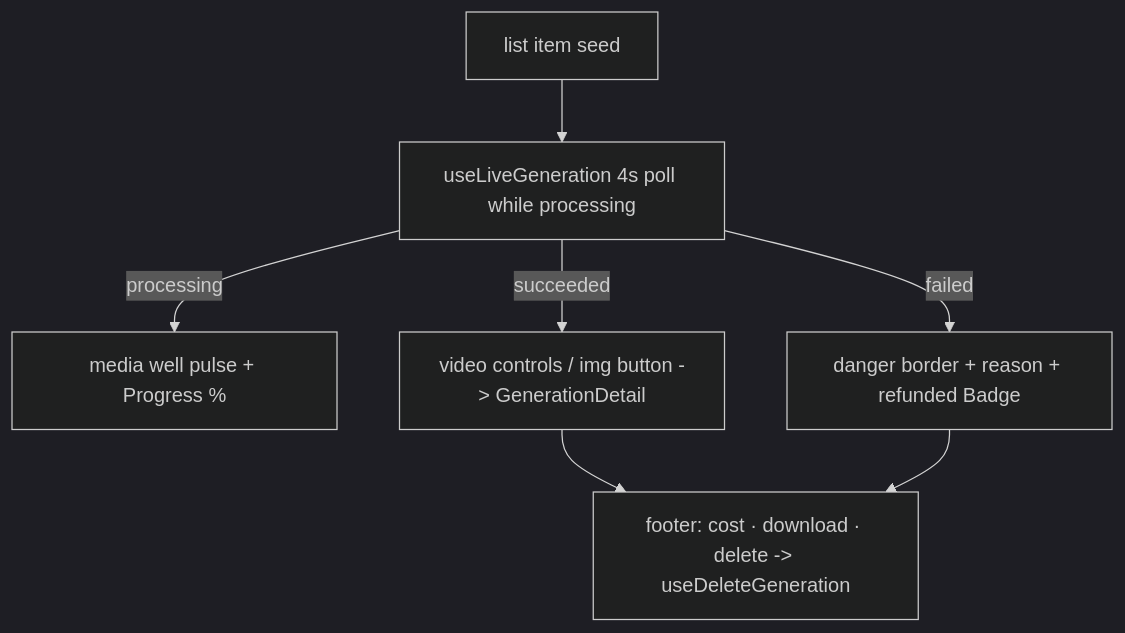
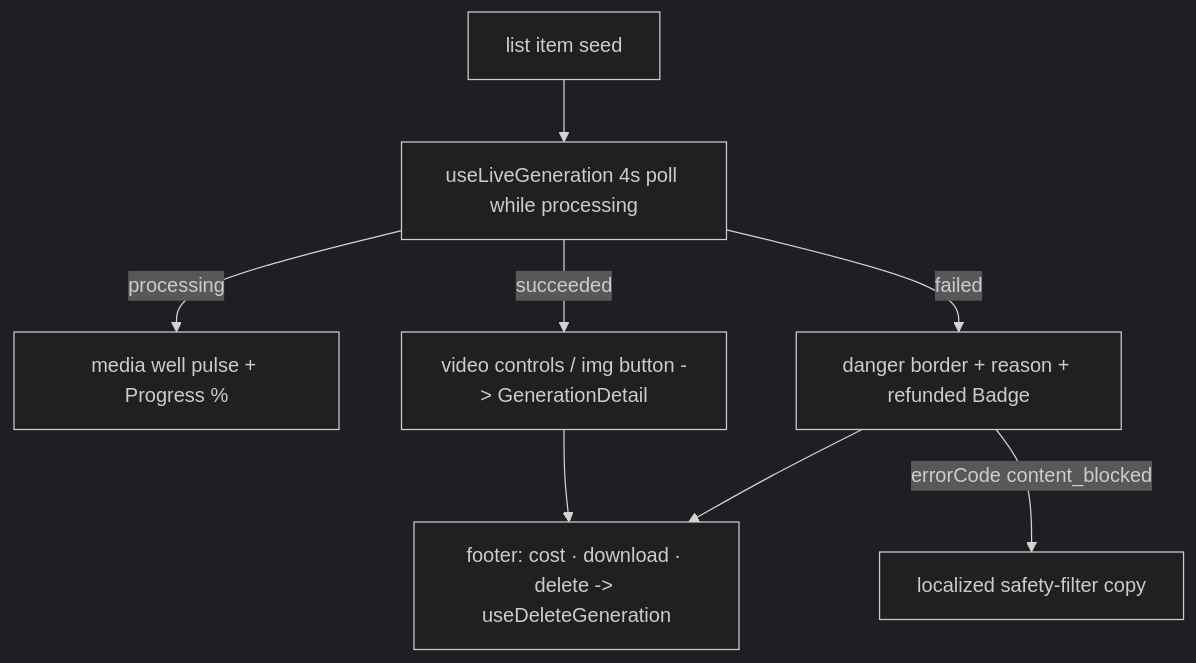
The diagram in apps/web/src/modules/Gallery/components/GenerationCard.tsx.md (AzamatRaimbekov2/openCreate), drawn with Mermaid (dark theme) before and after one commit. The commit also changed other lines of this file and 20 other files, not shown here.

Commit message:
fix(api,web,contracts): respect the NSFW flag — content_blocked failure with refund, never store flagged assets, localized safety copy

````diff
--- a/apps/web/src/modules/Gallery/components/GenerationCard.tsx.md
+++ b/apps/web/src/modules/Gallery/components/GenerationCard.tsx.md
@@ -34,8 +34,9 @@
 ```mermaid
 flowchart TD
   SEED[list item seed] --> UL[useLiveGeneration 4s poll while processing]
   UL -->|processing| P[media well pulse + Progress %]
   UL -->|succeeded| S[video controls / img button -> GenerationDetail]
   UL -->|failed| F[danger border + reason + refunded Badge]
+  F -->|errorCode content_blocked| CB[localized safety-filter copy]
   S & F --> A[footer: cost · download · delete -> useDeleteGeneration]
 ```
````
